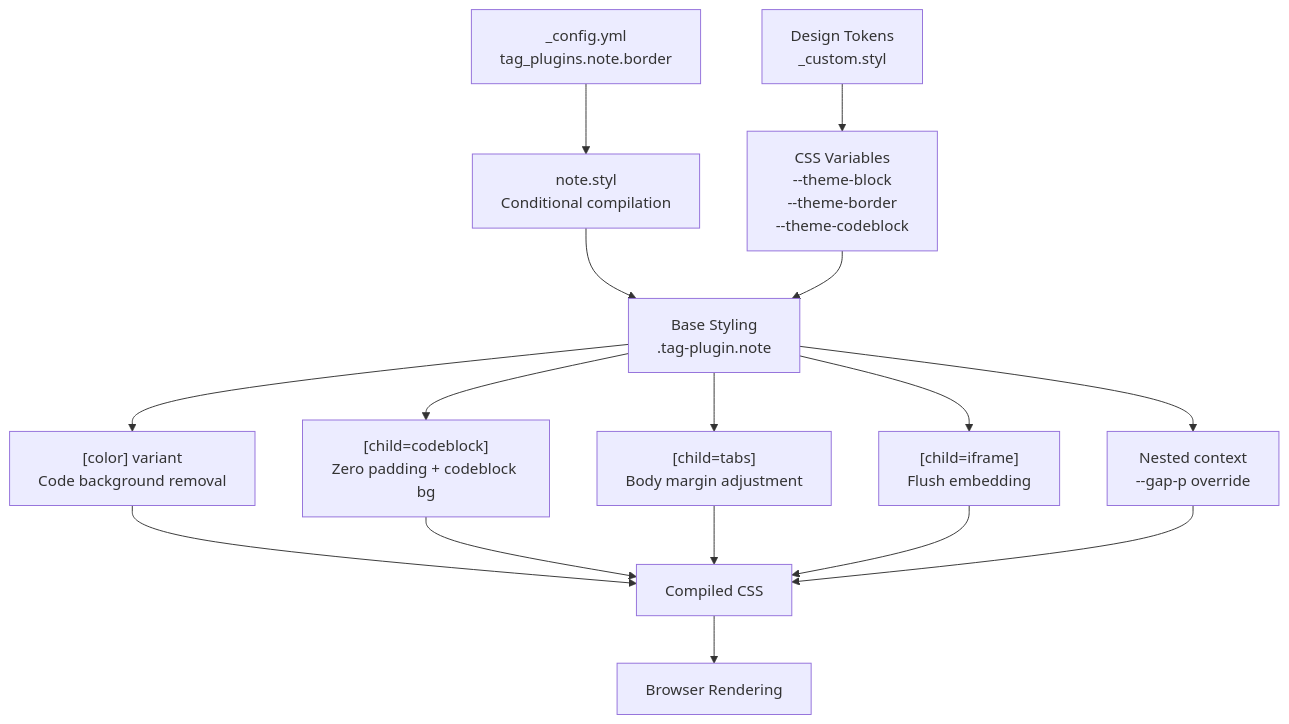
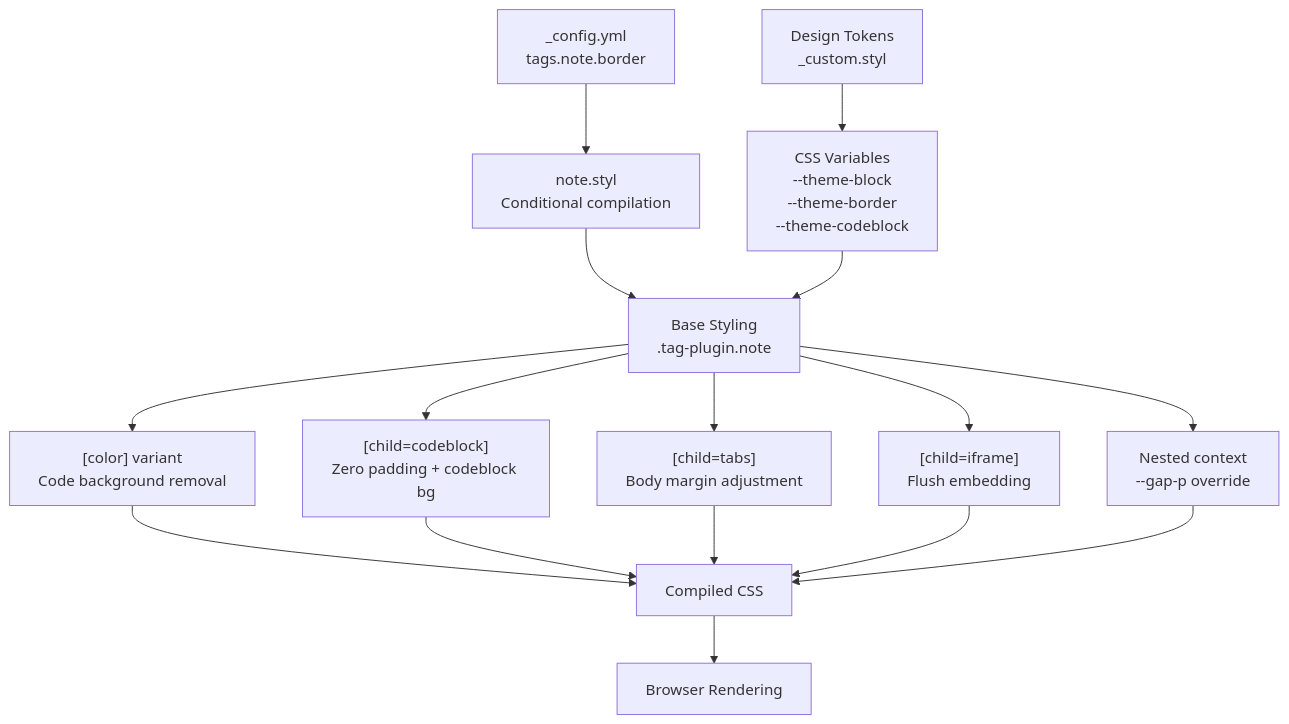
Before and after one commit to xaoxuu/hexo-theme-stellar: the sixth of 6 diagrams in docs/knowledge/04-标签插件/note-container-tags.md, drawn with Mermaid. The commit also changed other lines of this file and 861 other files, not shown here.

````diff
--- a/docs/knowledge/04-标签插件/note-container-tags.md
+++ b/docs/knowledge/04-标签插件/note-container-tags.md
@@ -339,26 +339,26 @@
 ```mermaid
 graph TB
-    CONFIG["_config.yml<br/>tag_plugins.note.border"]
+    CONFIG["_config.yml<br/>tags.note.border"]
     TOKENS["Design Tokens<br/>_custom.styl"]
     
     CONFIG --> STYLUS["note.styl<br/>Conditional compilation"]
     TOKENS --> VARS["CSS Variables<br/>--theme-block<br/>--theme-border<br/>--theme-codeblock"]
     
     STYLUS --> BASE["Base Styling<br/>.tag-plugin.note"]
     VARS --> BASE
     
     BASE --> SELECTOR1["[color] variant<br/>Code background removal"]
     BASE --> SELECTOR2["[child=codeblock]<br/>Zero padding + codeblock bg"]
     BASE --> SELECTOR3["[child=tabs]<br/>Body margin adjustment"]
     BASE --> SELECTOR4["[child=iframe]<br/>Flush embedding"]
     
     BASE --> NESTED["Nested context<br/>--gap-p override"]
     
     SELECTOR1 --> OUTPUT["Compiled CSS"]
     SELECTOR2 --> OUTPUT
     SELECTOR3 --> OUTPUT
     SELECTOR4 --> OUTPUT
     NESTED --> OUTPUT
     
     OUTPUT --> BROWSER["Browser Rendering"]
 ```
````
